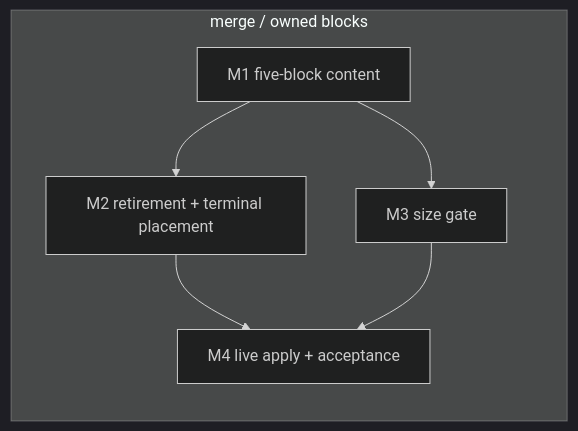
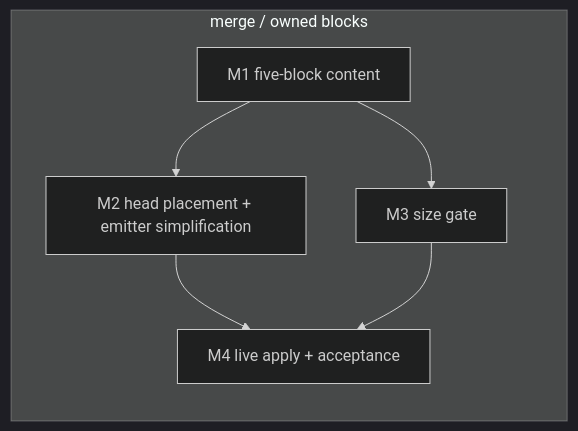
Before and after one commit to mynghn/dotfiles: the diagram in docs/features/0002-agents-md-layering-contract/tasks.md, drawn with Mermaid (dark theme). The commit also changed other lines of this file and 6 other files, not shown here.

````diff
--- a/docs/features/0002-agents-md-layering-contract/tasks.md
+++ b/docs/features/0002-agents-md-layering-contract/tasks.md
@@ -11,9 +12,9 @@
 ```mermaid
 flowchart LR
     subgraph M [merge / owned blocks]
-      M1[M1 five-block content] --> M2[M2 retirement + terminal placement]
+      M1[M1 five-block content] --> M2[M2 head placement + emitter simplification]
       M1 --> M3[M3 size gate]
       M2 --> M4[M4 live apply + acceptance]
       M3 --> M4
     end
 ```
````
